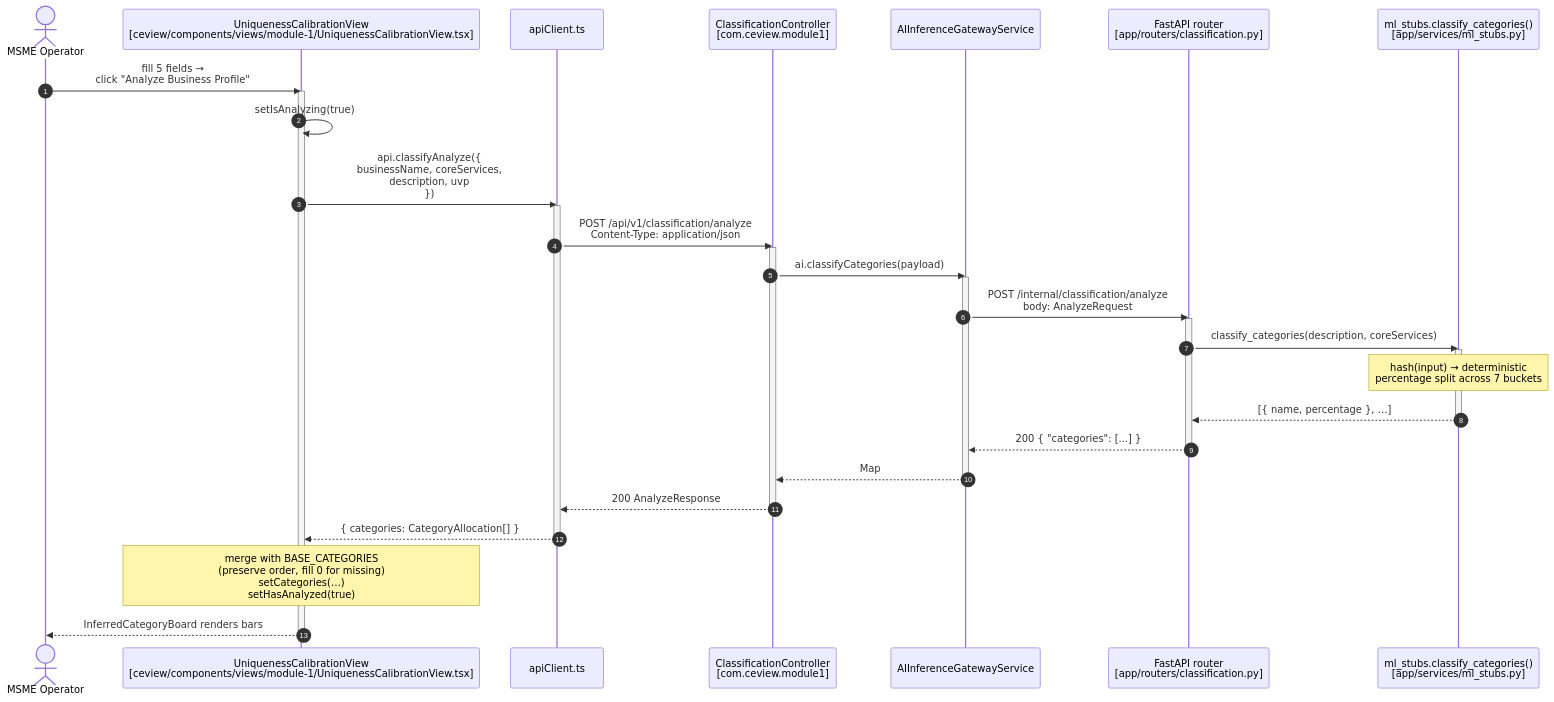
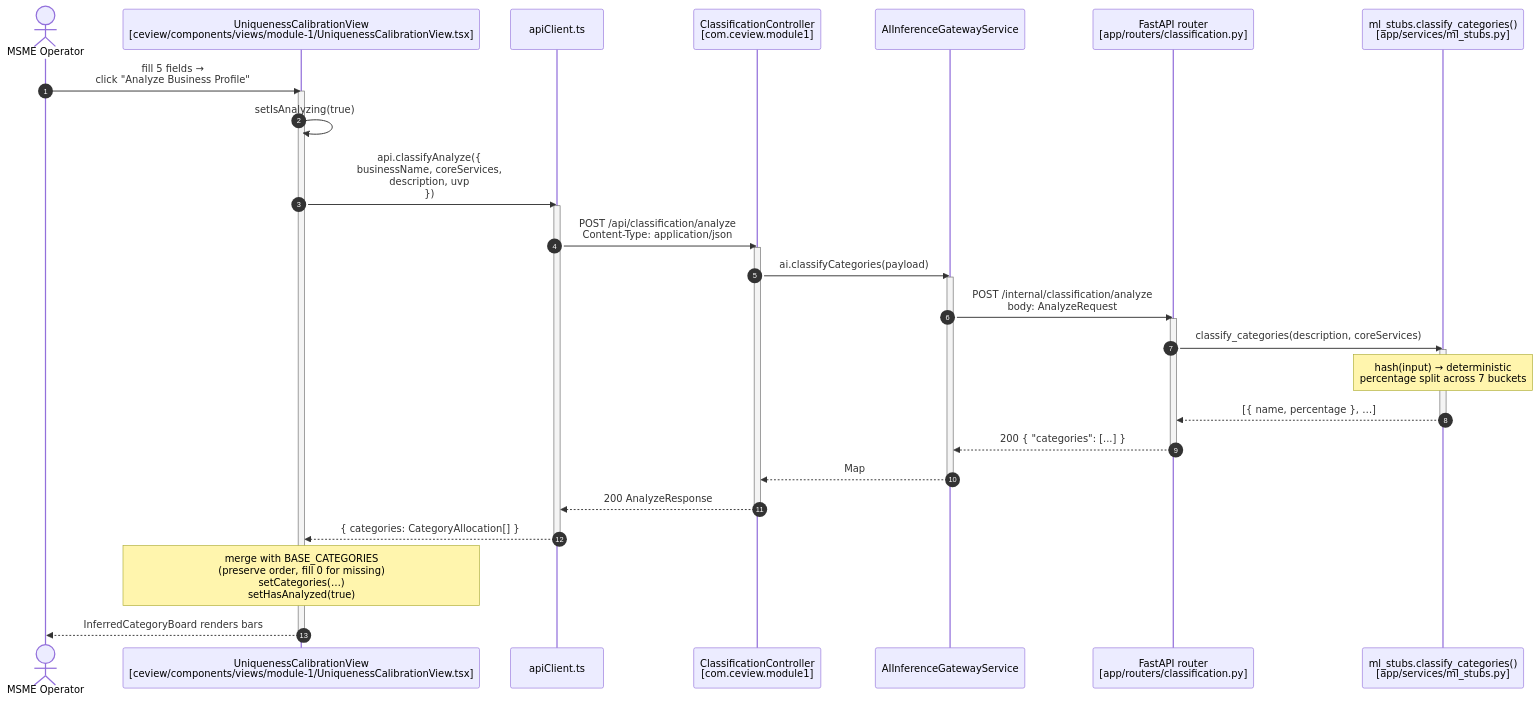
Before and after one commit to SherieHub/CeView: the fourth of 9 diagrams in ARCHITECTURE.md, drawn with Mermaid. The commit also changed other lines of this file and 348 other files, not shown here.

````diff
--- a/ARCHITECTURE.md
+++ b/ARCHITECTURE.md
@@ -143,39 +143,39 @@
 ```mermaid
 sequenceDiagram
     autonumber
     actor U as MSME Operator
     participant V as UniquenessCalibrationView<br/>[ceview/components/views/module-1/UniquenessCalibrationView.tsx]
     participant API as apiClient.ts
     participant SC as ClassificationController<br/>[com.ceview.module1]
     participant GW as AIInferenceGatewayService
     participant FR as FastAPI router<br/>[app/routers/classification.py]
     participant MS as ml_stubs.classify_categories()<br/>[app/services/ml_stubs.py]
 
     U->>V: fill 5 fields →<br/>click "Analyze Business Profile"
     activate V
     V->>V: setIsAnalyzing(true)
     V->>API: api.classifyAnalyze({<br/>  businessName, coreServices,<br/>  description, uvp<br/>})
     activate API
-    API->>SC: POST /api/v1/classification/analyze<br/>Content-Type: application/json
+    API->>SC: POST /api/classification/analyze<br/>Content-Type: application/json
     activate SC
     SC->>GW: ai.classifyCategories(payload)
     activate GW
     GW->>FR: POST /internal/classification/analyze<br/>body: AnalyzeRequest
     activate FR
     FR->>MS: classify_categories(description, coreServices)
     activate MS
     Note over MS: hash(input) → deterministic<br/>percentage split across 7 buckets
     MS-->>FR: [{ name, percentage }, …]
     deactivate MS
     FR-->>GW: 200 { "categories": [...] }
     deactivate FR
     GW-->>SC: Map
     deactivate GW
     SC-->>API: 200 AnalyzeResponse
     deactivate SC
     API-->>V: { categories: CategoryAllocation[] }
     deactivate API
     Note over V: merge with BASE_CATEGORIES<br/>(preserve order, fill 0 for missing)<br/>setCategories(…)<br/>setHasAnalyzed(true)
     V-->>U: InferredCategoryBoard renders bars
     deactivate V
 ```
````
